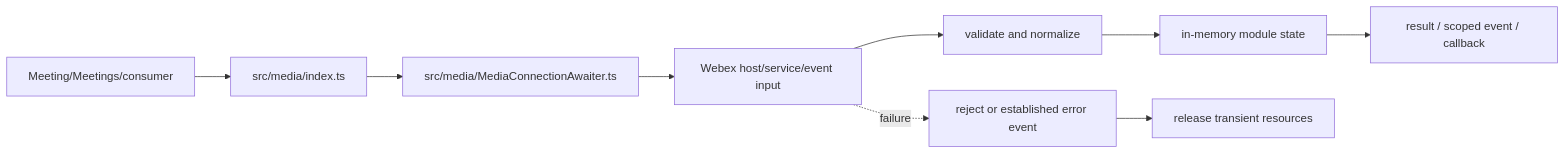
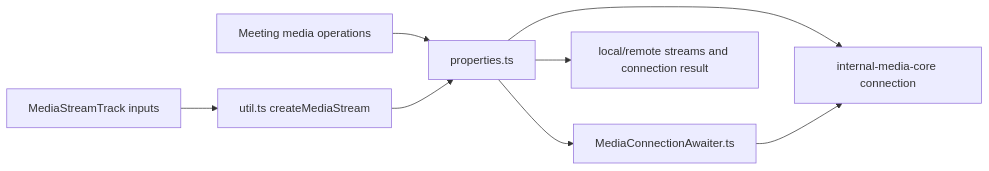
One commit to webex/webex-js-sdk changed the first of 4 diagrams in packages/@webex/plugin-meetings/src/media/ai-docs/media-spec.md. Above: the diagram before and after it, drawn with Mermaid. The commit also changed other lines of this file and 26 other files, not shown here.

````diff
--- a/packages/@webex/plugin-meetings/src/media/ai-docs/media-spec.md
+++ b/packages/@webex/plugin-meetings/src/media/ai-docs/media-spec.md
@@ -100,11 +103,10 @@
 ```mermaid
 flowchart LR
-  Caller[Meeting/Meetings/consumer] --> Entry[src/media/index.ts]
-  Entry --> Support[src/media/MediaConnectionAwaiter.ts]
-  Support --> Remote[Webex host/service/event input]
-  Remote --> Normalize[validate and normalize]
-  Normalize --> State[in-memory module state]
-  State --> Output[result / scoped event / callback]
-  Remote -. failure .-> Error[reject or established error event]
-  Error --> Cleanup[release transient resources]
+  Meeting[Meeting media operations] --> Props[properties.ts]
+  Props --> Core[internal-media-core connection]
+  Props --> Awaiter[MediaConnectionAwaiter.ts]
+  Awaiter --> Core
+  Tracks[MediaStreamTrack inputs] --> Util[util.ts createMediaStream]
+  Util --> Props
+  Props --> Output[local/remote streams and connection result]
 ```
````
